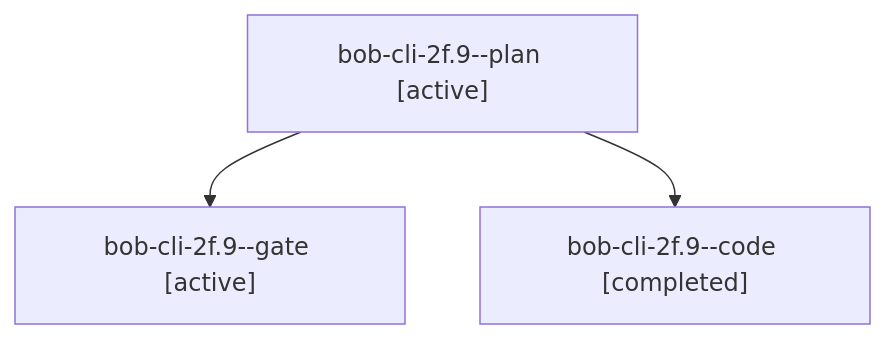
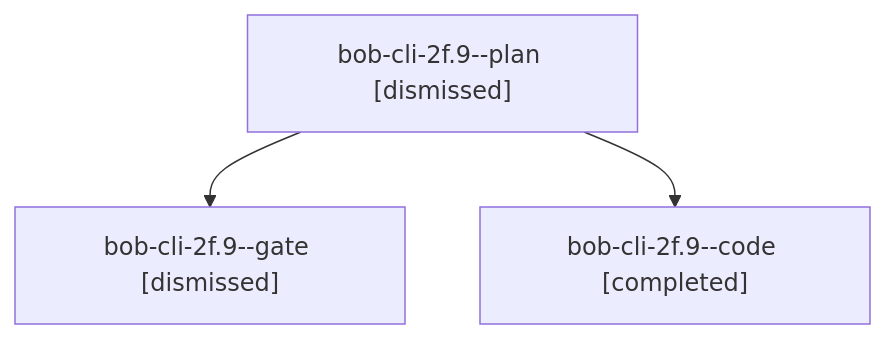
One commit to bobs-org/bob-cli--agents changed the diagram in sessions/bbugyi200.apollo.bob-cli-2f.9.md. Above: the diagram before and after it, drawn with Mermaid. The commit also changed other lines of this file and 149 other files, not shown here.

````diff
--- a/sessions/bbugyi200.apollo.bob-cli-2f.9.md
+++ b/sessions/bbugyi200.apollo.bob-cli-2f.9.md
@@ -9,8 +9,8 @@
 ```mermaid
 flowchart TD
-  n0["bob-cli-2f.9--plan [active]"]
-  n1["bob-cli-2f.9--gate [active]"]
+  n0["bob-cli-2f.9--plan [dismissed]"]
+  n1["bob-cli-2f.9--gate [dismissed]"]
   n0 --> n1
   n2["bob-cli-2f.9--code [completed]"]
   n0 --> n2
 ```
````
